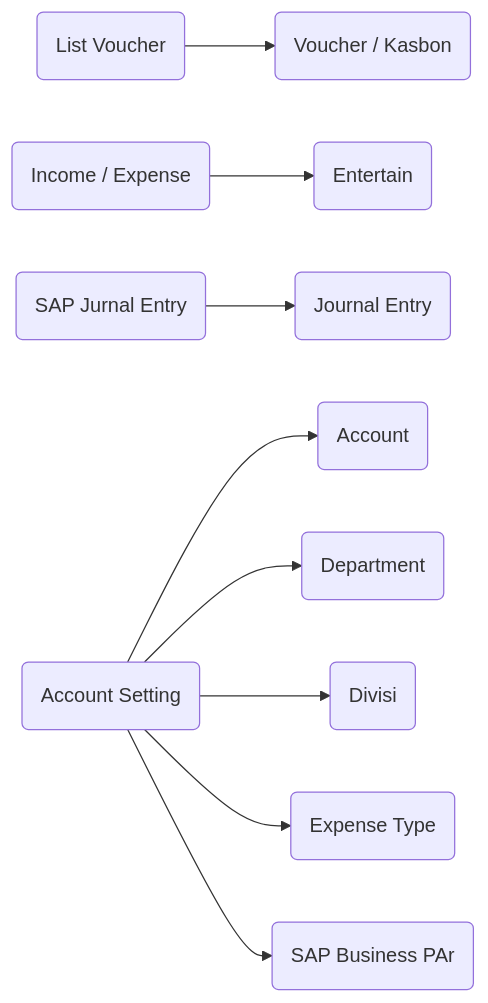
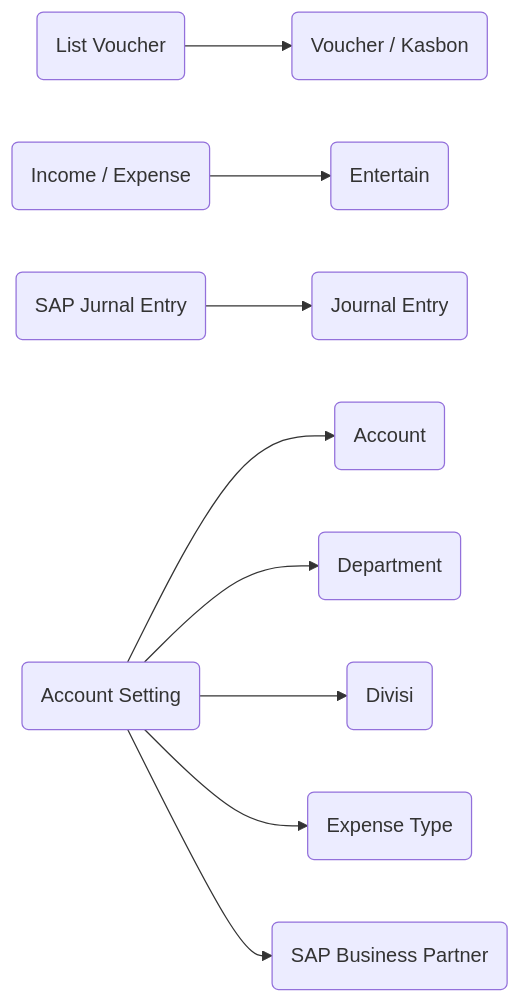
The second of 2 diagrams in cnw_je_doc.md (andyut/cnw_doc), drawn with Mermaid before and after one commit. The commit also changed other lines of this file, not shown here.

````diff
--- a/cnw_je_doc.md
+++ b/cnw_je_doc.md
@@ -26,13 +26,13 @@
 ```mermaid
 graph LR
 A(List Voucher) --> A1(Voucher / Kasbon)
 B(Income / Expense) --> B1(Entertain)
 C(SAP Jurnal Entry) --> C1(Journal Entry)
 D(Account Setting) --> D1(Account)
 D(Account Setting) --> D2(Department)
 D(Account Setting) --> D3(Divisi)
 D(Account Setting) --> D4(Expense Type)
-D(Account Setting) --> D5(SAP Business PAr)
+D(Account Setting) --> D5(SAP Business Partner)
 
 
 ```
````
